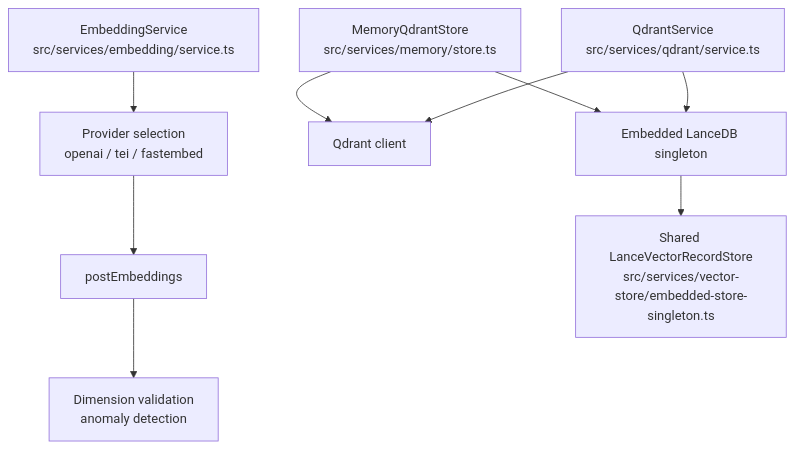
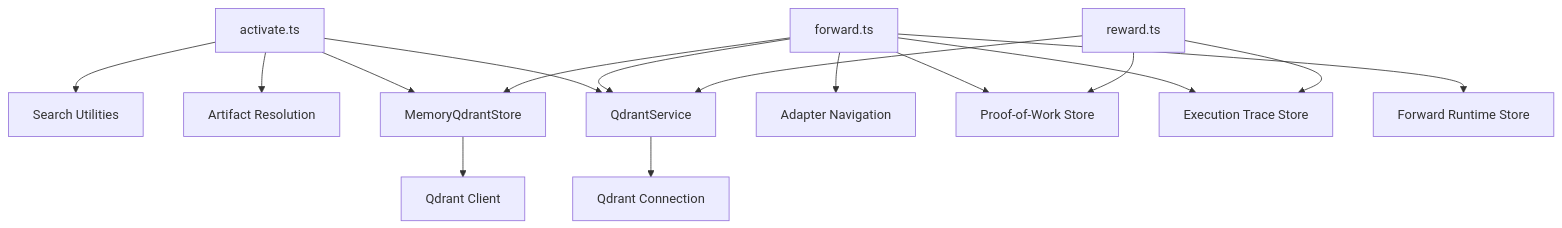
Before and after one commit to SquadRules/mcp: the ninth of 9 diagrams in .qoder/repowiki/en/content/Core Concepts/Core Concepts.md, drawn with Mermaid. The commit also changed other lines of this file and 553 other files, not shown here.

````diff
--- a/.qoder/repowiki/en/content/Core Concepts/Core Concepts.md
+++ b/.qoder/repowiki/en/content/Core Concepts/Core Concepts.md
@@ -341,11 +470,18 @@
 ```mermaid
 graph TB
-Embedding["EmbeddingService<br/>src/services/embedding/service.ts"] --> Provider["Provider selection<br/>openai / tei / fastembed"]
-Provider --> Post["postEmbeddings"]
-Post --> Validate["Dimension validation<br/>anomaly detection"]
-Store["MemoryQdrantStore<br/>src/services/memory/store.ts"] --> QdrantClient["Qdrant client"]
-Store --> LanceEmbedded["Embedded LanceDB singleton"]
-QService["QdrantService<br/>src/services/qdrant/service.ts"] --> QdrantClient
-QService --> LanceEmbedded
-LanceEmbedded --> SharedInstance["Shared LanceVectorRecordStore<br/>src/services/vector-store/embedded-store-singleton.ts"]
+Activate["activate.ts"] --> Search["Search Utilities"]
+Activate --> Artifacts["Artifact Resolution"]
+Activate --> Memory["MemoryQdrantStore"]
+Activate --> QdrantSvc["QdrantService"]
+Forward["forward.ts"] --> Navigation["Adapter Navigation"]
+Forward --> ProofStore["Proof-of-Work Store"]
+Forward --> TraceStore["Execution Trace Store"]
+Forward --> RuntimeStore["Forward Runtime Store"]
+Forward --> Memory
+Forward --> QdrantSvc
+Reward["reward.ts"] --> ProofStore
+Reward --> TraceStore
+Reward --> QdrantSvc
+Memory --> QdrantClient["Qdrant Client"]
+QdrantSvc --> Connection["Qdrant Connection"]
 ```
````
